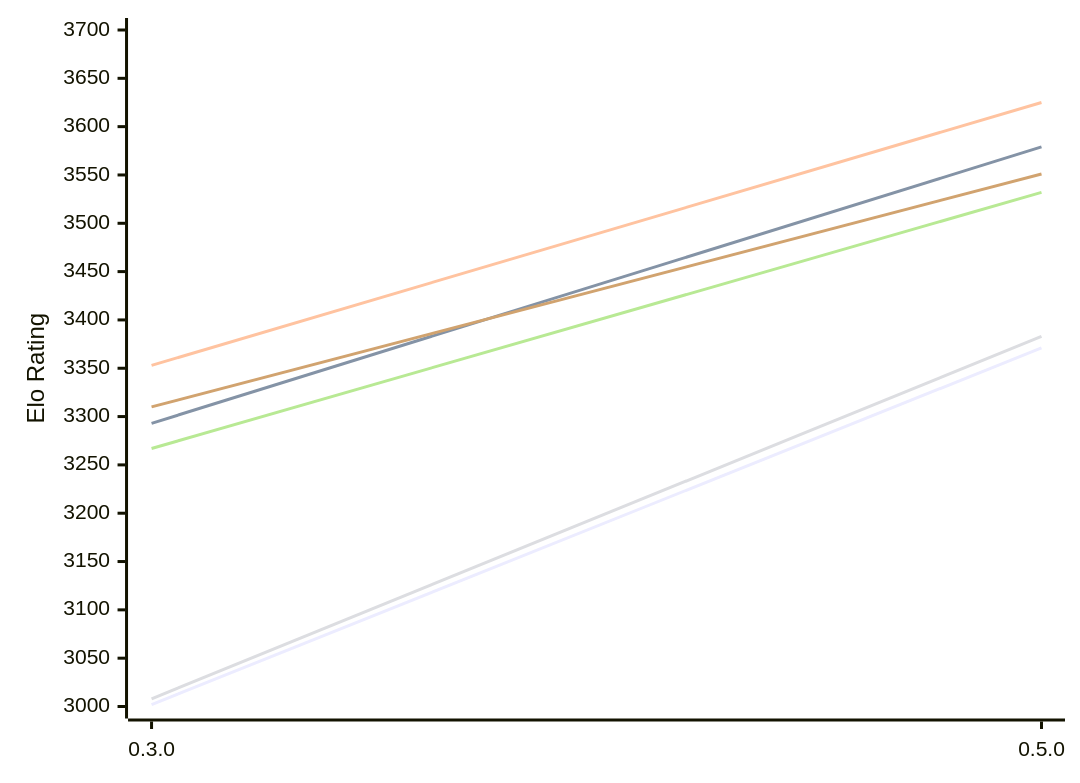
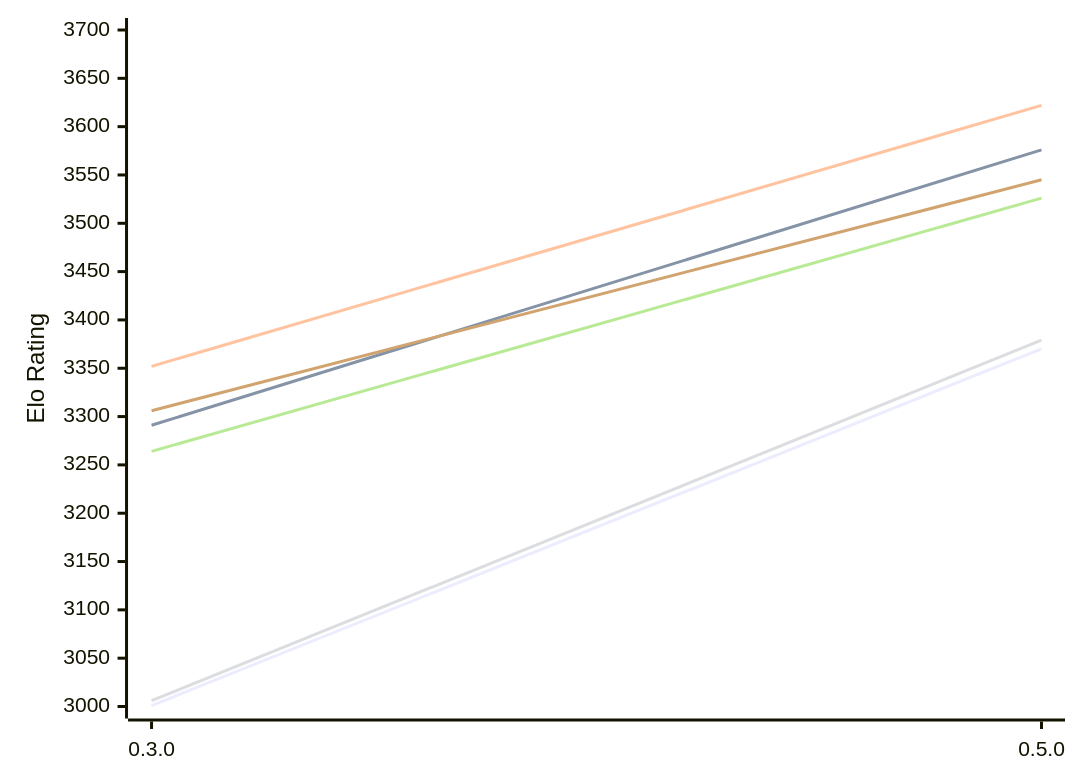
One commit to computer-chess-index/cci changed the first of 2 diagrams in engines/Justbot.md. Above: the diagram before and after it, drawn with Mermaid. The commit also changed other lines of this file, not shown here.

Commit message:
Update CCI Ratings (ELO VLTC) - 2026-11-19

````diff
--- a/engines/Justbot.md
+++ b/engines/Justbot.md
@@ -53,12 +53,12 @@
 ```mermaid
 %%{init: {"theme":"base","themeVariables":{"seriesColors:['#a3a3a3','#222221','#faa371']}}}%%
 xychart-beta
   x-axis ["0.3.0", "0.5.0"]
   y-axis "Elo Rating" 3000 --> 3700
-  line "E1: STC (8.0+0.08s)" [3002, 3371]
-  line "E1: LTC (60.0+0.60s)" [3293, 3579]
-  line "E1: VLTC (2m24s+1.12s)" [3353, 3625]
-  line "P1: STC (8.0+0.08s)" [3008, 3383]
-  line "P1: LTC (60.0+0.60s)" [3267, 3532]
-  line "P1: VLTC (2m24s+1.12s)" [3310, 3551]
+  line "E1: STC (8.0+0.08s)" [3001, 3370]
+  line "E1: LTC (60.0+0.60s)" [3291, 3576]
+  line "E1: VLTC (2m24s+1.12s)" [3352, 3622]
+  line "P1: STC (8.0+0.08s)" [3006, 3379]
+  line "P1: LTC (60.0+0.60s)" [3264, 3526]
+  line "P1: VLTC (2m24s+1.12s)" [3306, 3545]
 ```
````
